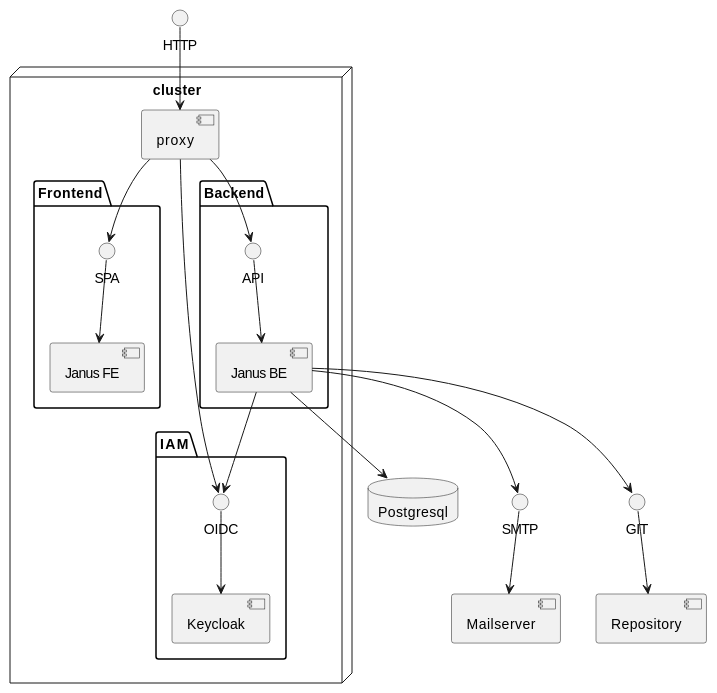
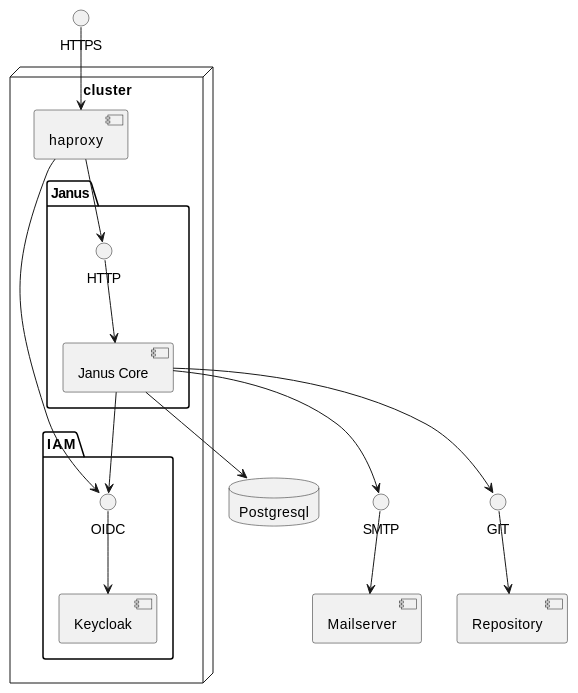
The diagram in documentation/architecture/overview.md (dnulnets/jjanus), drawn with PlantUML before and after one commit.

Commit message:
Updated architecture

````diff
--- a/documentation/architecture/overview.md
+++ b/documentation/architecture/overview.md
@@ -1,38 +1,33 @@
 ```plantuml
 @startuml
 
 node "cluster" {
-[proxy]
+[haproxy]
 
-package "Frontend" {
-  SPA-->[Janus FE]
-}
-
-package "Backend" {
-  API-->[Janus BE]
+package "Janus" {
+  HTTP-->[Janus Core]
 }
 
 package "IAM" {
   OIDC-->[Keycloak]
 }
 
 }
 
 database "Postgresql" {
 
 }
 
 SMTP-->[Mailserver]
 GIT-->[Repository]
 
-[Janus BE] --> Postgresql
-[Janus BE] --> OIDC
-[Janus BE] --> SMTP
-[Janus BE] --> GIT
-[proxy] --> API
-[proxy] --> SPA
-[proxy] --> OIDC
-HTTP --> proxy
+[Janus Core] --> Postgresql
+[Janus Core] --> OIDC
+[Janus Core] --> SMTP
+[Janus Core] --> GIT
+[haproxy] --> HTTP
+[haproxy] --> OIDC
+HTTPS --> haproxy
 
 @enduml
 ```
````
